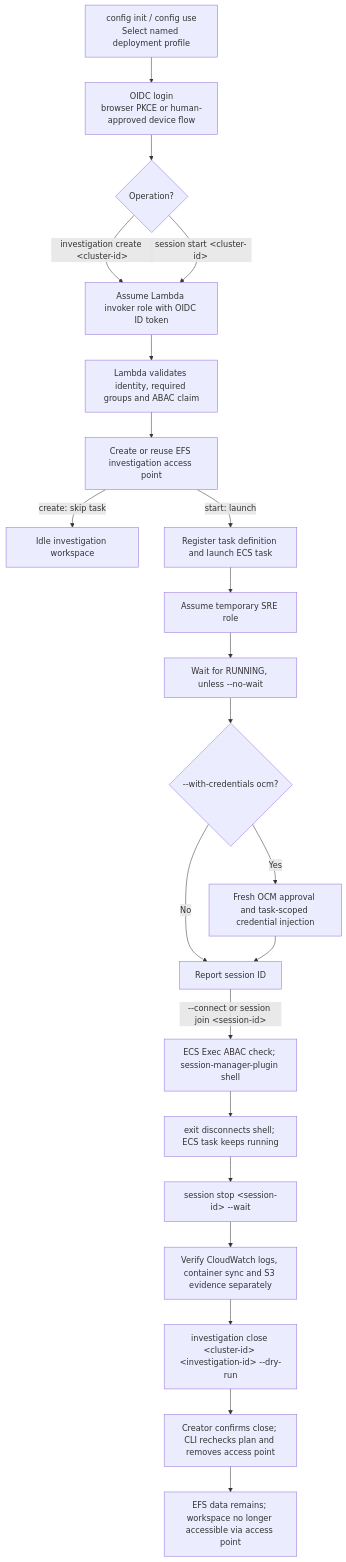
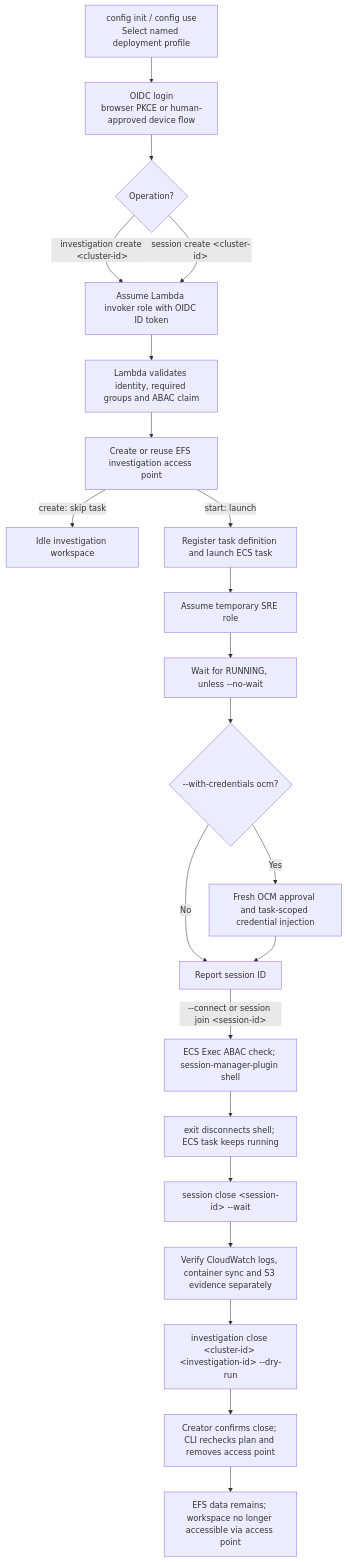
The diagram in docs/workflows.md (openshift-online/rosa-boundary), drawn with Mermaid before and after one commit. The commit also changed other lines of this file and 16 other files, not shown here.

Commit message:
Rename Boundary session lifecycle verbs to create and close

````diff
--- a/docs/workflows.md
+++ b/docs/workflows.md
@@ -5,24 +5,24 @@
 ```mermaid
 flowchart TD
     PROFILE["config init / config use<br/>Select named deployment profile"] --> AUTH["OIDC login<br/>browser PKCE or human-approved device flow"]
     AUTH --> CREATE{"Operation?"}
     CREATE -->|"investigation create &lt;cluster-id&gt;"| INVOKER["Assume Lambda invoker role with OIDC ID token"]
-    CREATE -->|"session start &lt;cluster-id&gt;"| INVOKER
+    CREATE -->|"session create &lt;cluster-id&gt;"| INVOKER
     INVOKER --> LAMBDA["Lambda validates identity, required groups and ABAC claim"]
     LAMBDA --> EFS["Create or reuse EFS investigation access point"]
     EFS -->|"create: skip task"| IDLE["Idle investigation workspace"]
     EFS -->|"start: launch"| TASK["Register task definition and launch ECS task"]
     TASK --> SRE["Assume temporary SRE role"]
     SRE --> WAIT["Wait for RUNNING, unless --no-wait"]
     WAIT --> CRED{"--with-credentials ocm?"}
     CRED -->|Yes| OCM["Fresh OCM approval and task-scoped credential injection"]
     CRED -->|No| READY["Report session ID"]
     OCM --> READY
     READY -->|"--connect or session join &lt;session-id&gt;"| EXEC["ECS Exec ABAC check; session-manager-plugin shell"]
     EXEC --> EXIT["exit disconnects shell; ECS task keeps running"]
-    EXIT --> STOP["session stop &lt;session-id&gt; --wait"]
+    EXIT --> STOP["session close &lt;session-id&gt; --wait"]
     STOP --> AUDIT["Verify CloudWatch logs, container sync and S3 evidence separately"]
     AUDIT --> PLAN["investigation close &lt;cluster-id&gt; &lt;investigation-id&gt; --dry-run"]
     PLAN --> CLOSE["Creator confirms close; CLI rechecks plan and removes access point"]
     CLOSE --> IDLEDONE["EFS data remains; workspace no longer accessible via access point"]
 ```
````
